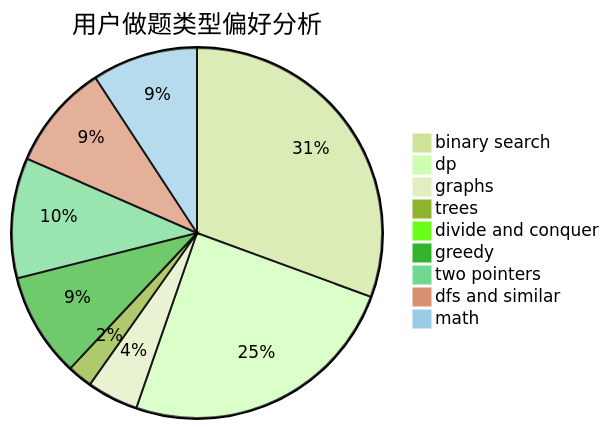
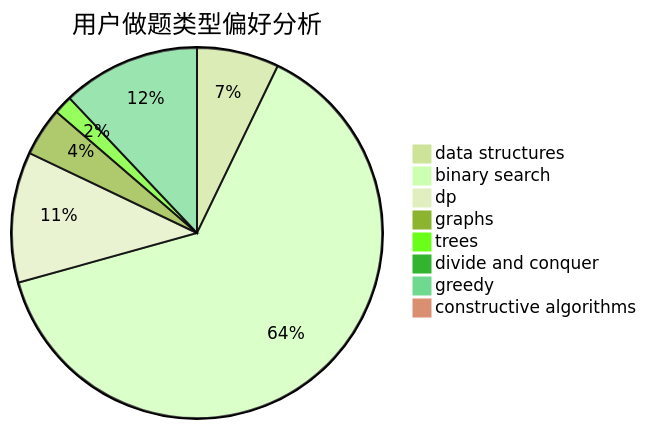
One commit to sherpahu/cfrs.github.io changed the second of 3 diagrams in docs/user/u2285.md. Above: the diagram before and after it, drawn with Mermaid (forest theme). The commit also changed other lines of this file and 2775 other files, not shown here.

````diff
--- a/docs/user/u2285.md
+++ b/docs/user/u2285.md
@@ -23,12 +23,11 @@
 ```mermaid
 pie title 用户做题类型偏好分析
-    "binary search" :  239
-    "dp" :  193
-    "graphs" :  35
-    "trees" :  17
+    "data structures" :  22
+    "binary search" :  195
+    "dp" :  35
+    "graphs" :  13
+    "trees" :  5
     "divide and conquer" :  0
-    "greedy" :  71
-    "two pointers" :  82
-    "dfs and similar" :  72
-    "math" :  72
+    "greedy" :  37
+    "constructive algorithms" :  0
 ```
````
